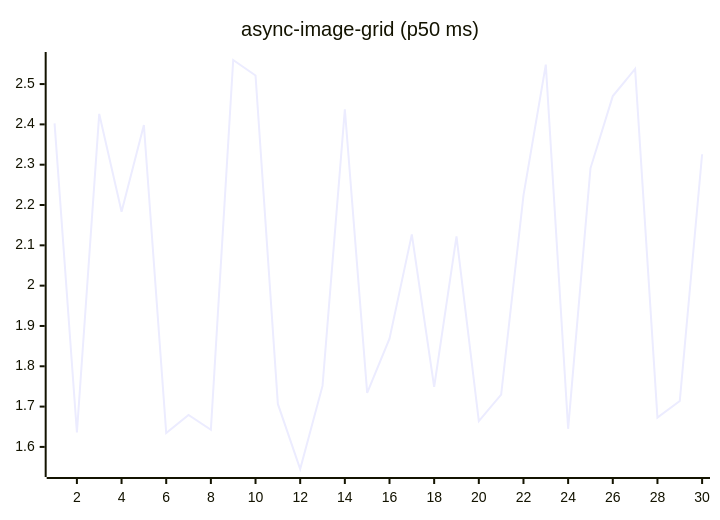
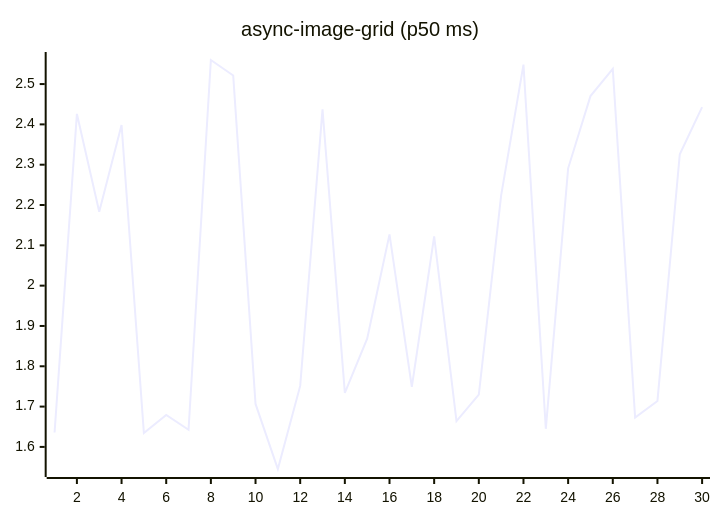
Before and after one commit to josha/Facet: the fifth of 27 diagrams in README.md, drawn with Mermaid. The commit also changed other lines of this file and 2 other files, not shown here.

````diff
--- a/README.md
+++ b/README.md
@@ -91,6 +91,6 @@
 ```mermaid
 xychart-beta
     title "async-image-grid (p50 ms)"
     x-axis 1 --> 30
-    line [2.4025, 1.6357, 2.4260, 2.1835, 2.3985, 1.6346, 1.6792, 1.6424, 2.5597, 2.5214, 1.7066, 1.5452, 1.7512, 2.4372, 1.7341, 1.8684, 2.1272, 1.7487, 2.1221, 1.6642, 1.7295, 2.2238, 2.5483, 1.6449, 2.2910, 2.4702, 2.5376, 1.6727, 1.7140, 2.3260]
+    line [1.6357, 2.4260, 2.1835, 2.3985, 1.6346, 1.6792, 1.6424, 2.5597, 2.5214, 1.7066, 1.5452, 1.7512, 2.4372, 1.7341, 1.8684, 2.1272, 1.7487, 2.1221, 1.6642, 1.7295, 2.2238, 2.5483, 1.6449, 2.2910, 2.4702, 2.5376, 1.6727, 1.7140, 2.3260, 2.4429]
 ```
````
